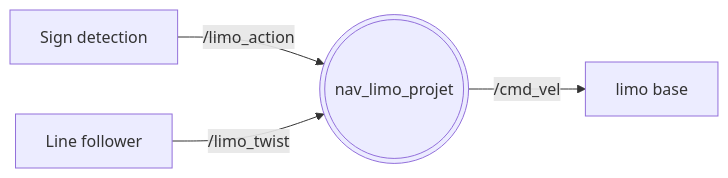
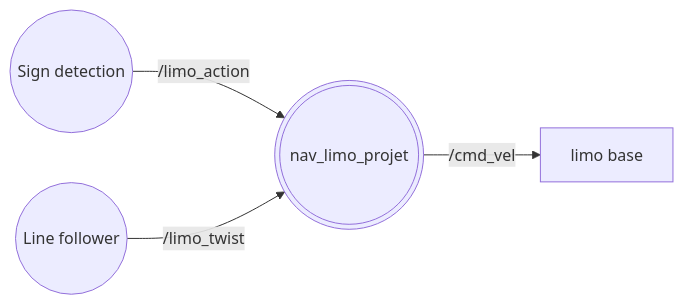
One commit to idwessough/autonomous-driving changed the first of 5 diagrams in README.md. Above: the diagram before and after it, drawn with Mermaid. The commit also changed other lines of this file, not shown here.

Commit message:
schemq noeud ros

````diff
--- a/README.md
+++ b/README.md
@@ -83,7 +83,7 @@
 ```mermaid
 graph LR
-    T1[Sign detection] -- /limo_action --> Node(((nav_limo_projet)))
-    T2[Line follower] -- /limo_twist --> Node(((nav_limo_projet)))
+    T1((Sign detection)) -- /limo_action --> Node(((nav_limo_projet)))
+    T2((Line follower)) -- /limo_twist --> Node(((nav_limo_projet)))
 
     Node -- /cmd_vel -->D[limo base]
 ```
````
